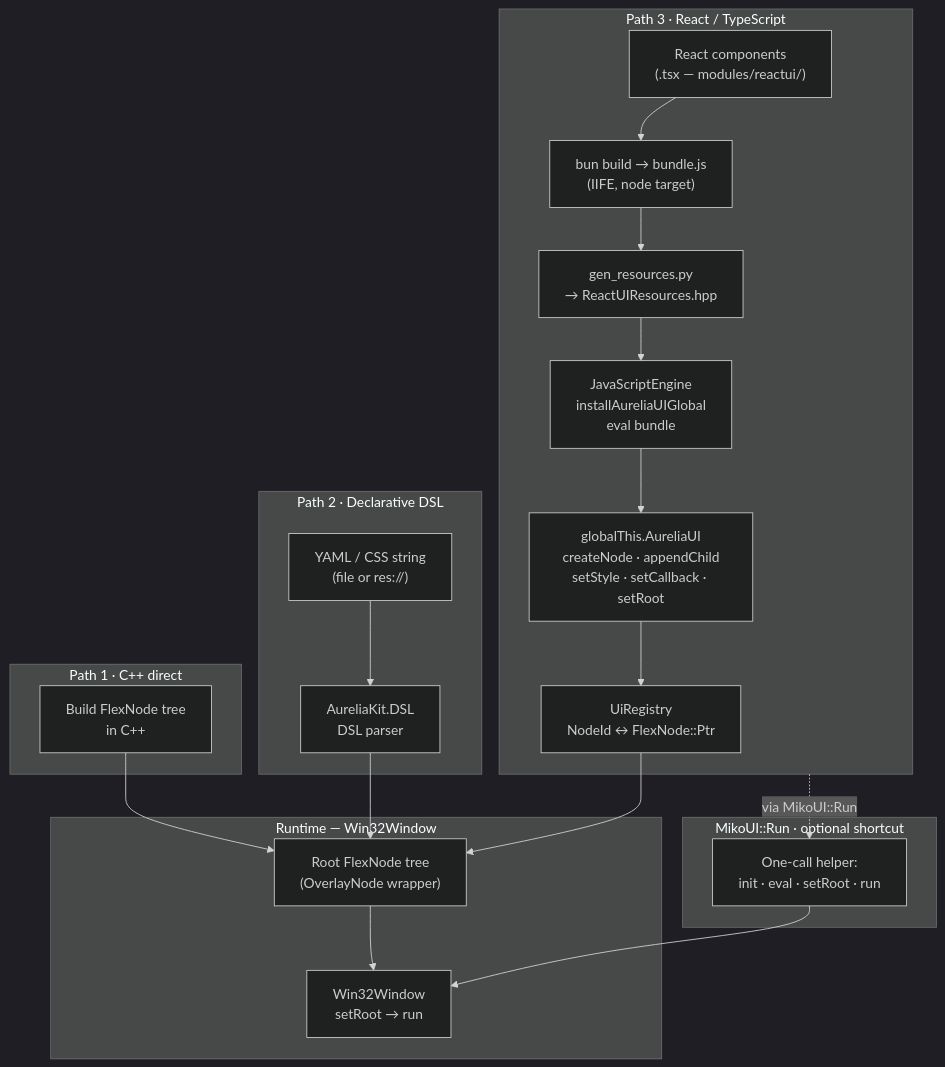
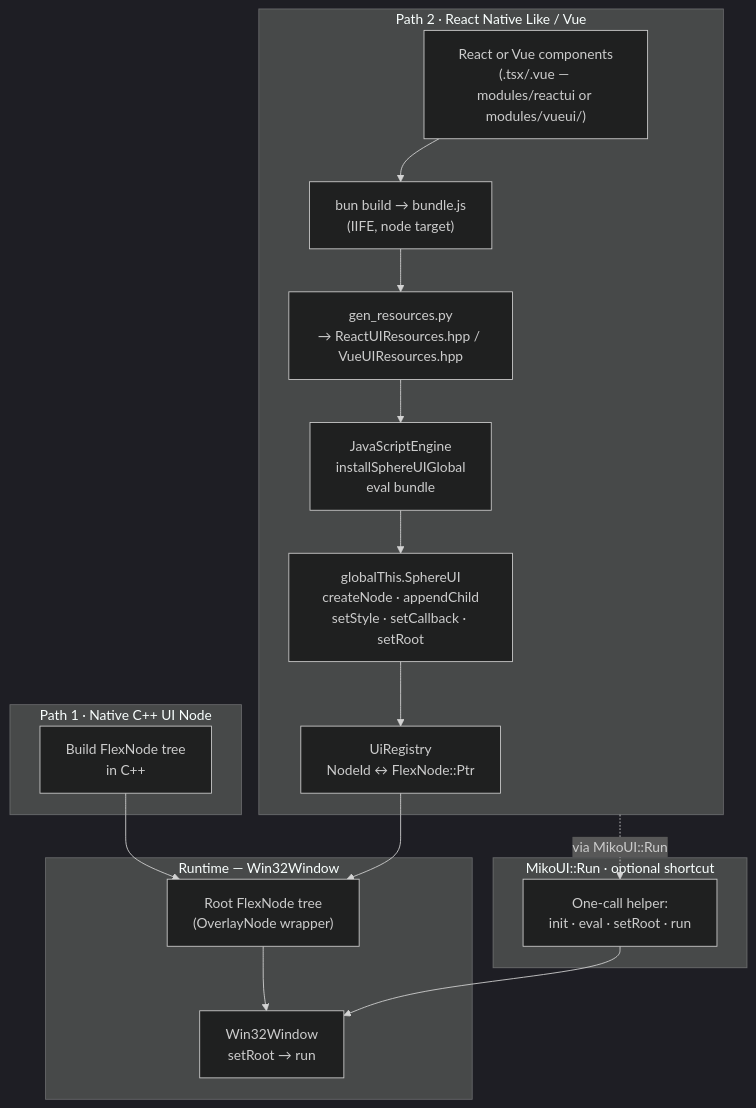
The second of 4 diagrams in README.md (arizkami/MochiUI), drawn with Mermaid (dark theme) before and after one commit. The commit also changed other lines of this file and 233 other files, not shown here.

````diff
--- a/README.md
+++ b/README.md
@@ -74,39 +67,32 @@
 ```mermaid
 flowchart TB
-  subgraph path1 [Path 1 · C++ direct]
+  subgraph path1 [Path 1 · Native C++ UI Node]
     cpp["Build FlexNode tree\nin C++"]
   end
 
-  subgraph path2 [Path 2 · Declarative DSL]
-    yml["YAML / CSS string\n(file or res://)"]
-    dslParse["AureliaKit.DSL\nDSL parser"]
-    yml --> dslParse
-  end
-
-  subgraph path3 [Path 3 · React / TypeScript]
-    tsx["React components\n(.tsx — modules/reactui/)"]
+  subgraph path2 [Path 2 · React Native Like / Vue]
+    tsx["React or Vue components\n(.tsx/.vue — modules/reactui or modules/vueui/)"]
     bun["bun build → bundle.js\n(IIFE, node target)"]
-    genRes["gen_resources.py\n→ ReactUIResources.hpp"]
-    jsBridge["JavaScriptEngine\ninstallAureliaUIGlobal\neval bundle"]
-    auBridge["globalThis.AureliaUI\ncreateNode · appendChild\nsetStyle · setCallback · setRoot"]
+    genRes["gen_resources.py\n→ ReactUIResources.hpp / VueUIResources.hpp"]
+    jsBridge["JavaScriptEngine\ninstallSphereUIGlobal\neval bundle"]
+    auBridge["globalThis.SphereUI\ncreateNode · appendChild\nsetStyle · setCallback · setRoot"]
     registry["UiRegistry\nNodeId ↔ FlexNode::Ptr"]
     tsx --> bun --> genRes --> jsBridge
     jsBridge --> auBridge --> registry
   end
 
   subgraph runtime [Runtime — Win32Window]
     root["Root FlexNode tree\n(OverlayNode wrapper)"]
     win["Win32Window\nsetRoot → run"]
   end
 
   subgraph fw [MikoUI::Run · optional shortcut]
     miko["One-call helper:\ninit · eval · setRoot · run"]
   end
 
   cpp       --> root
-  dslParse  --> root
   registry  --> root
   root      --> win
-  path3     -.->|"via MikoUI::Run"| miko
+  path2     -.->|"via MikoUI::Run"| miko
   miko      --> win
 ```
````
